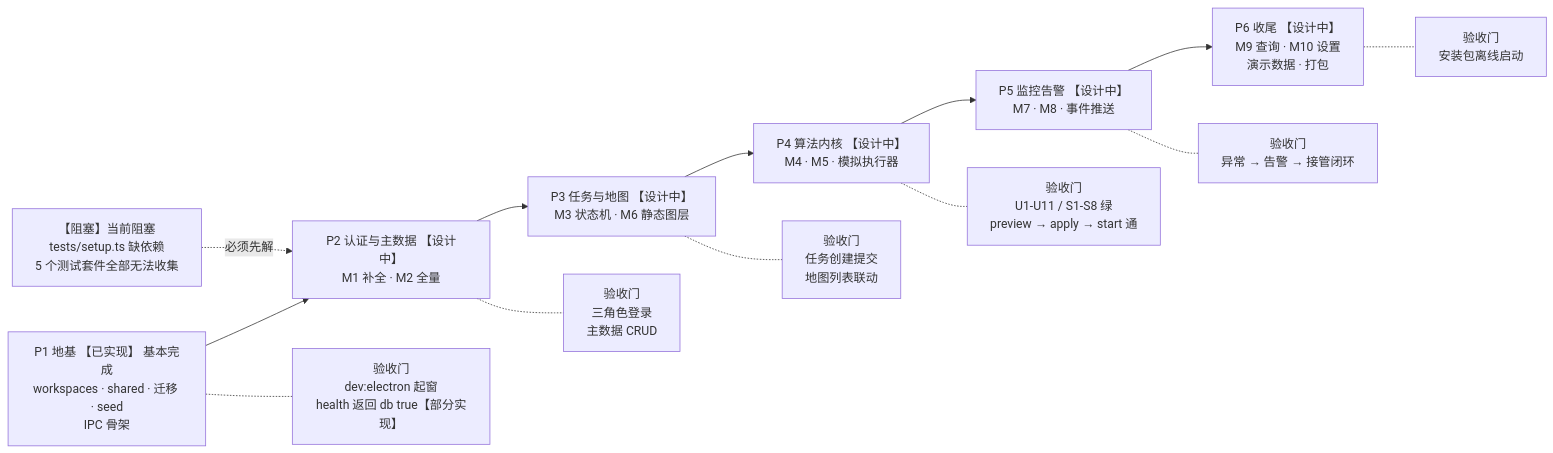
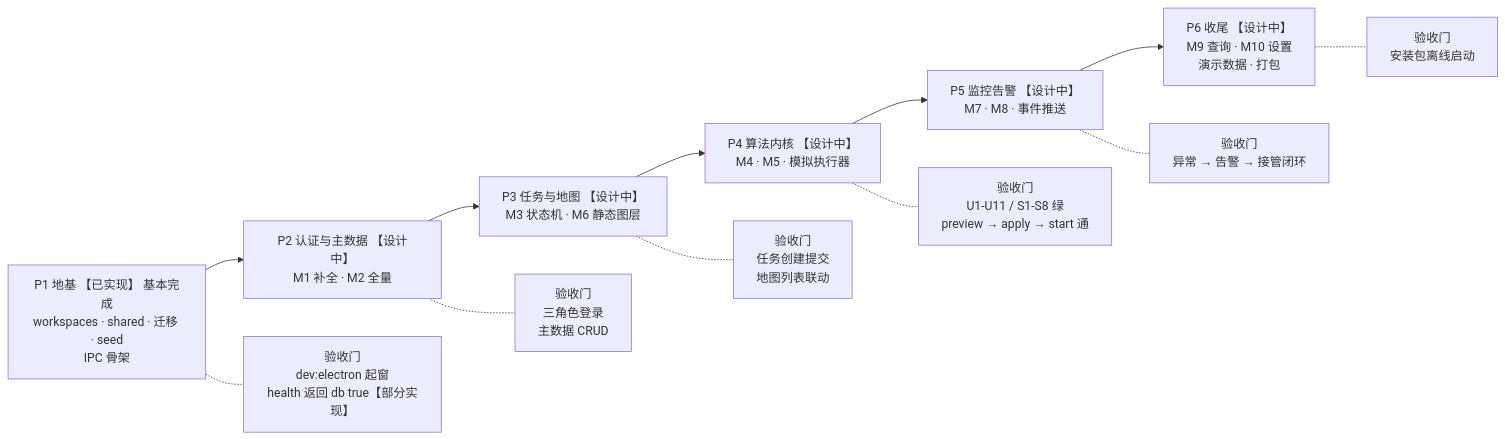
Before and after one commit to sunstflower/831: diagram 19 of 23 in docs/architecture.md, drawn with Mermaid. The commit also changed other lines of this file and 8 other files, not shown here.

````diff
--- a/docs/architecture.md
+++ b/docs/architecture.md
@@ -857,28 +873,26 @@
 ```mermaid
 flowchart LR
   P1["P1 地基 【已实现】 基本完成<br/>workspaces · shared · 迁移 · seed<br/>IPC 骨架"]
   P2["P2 认证与主数据 【设计中】<br/>M1 补全 · M2 全量"]
   P3["P3 任务与地图 【设计中】<br/>M3 状态机 · M6 静态图层"]
   P4["P4 算法内核 【设计中】<br/>M4 · M5 · 模拟执行器"]
   P5["P5 监控告警 【设计中】<br/>M7 · M8 · 事件推送"]
   P6["P6 收尾 【设计中】<br/>M9 查询 · M10 设置<br/>演示数据 · 打包"]
 
   P1 --> P2 --> P3 --> P4 --> P5 --> P6
 
   G1["验收门<br/>dev:electron 起窗<br/>health 返回 db true【部分实现】"]
   G2["验收门<br/>三角色登录<br/>主数据 CRUD"]
   G3["验收门<br/>任务创建提交<br/>地图列表联动"]
   G4["验收门<br/>U1-U11 / S1-S8 绿<br/>preview → apply → start 通"]
   G5["验收门<br/>异常 → 告警 → 接管闭环"]
   G6["验收门<br/>安装包离线启动"]
 
   P1 -.- G1
   P2 -.- G2
   P3 -.- G3
   P4 -.- G4
   P5 -.- G5
   P6 -.- G6
 
-  BLOCK["【阻塞】当前阻塞<br/>tests/setup.ts 缺依赖<br/>5 个测试套件全部无法收集"]
-  BLOCK -.必须先解.-> P2
 ```
````
